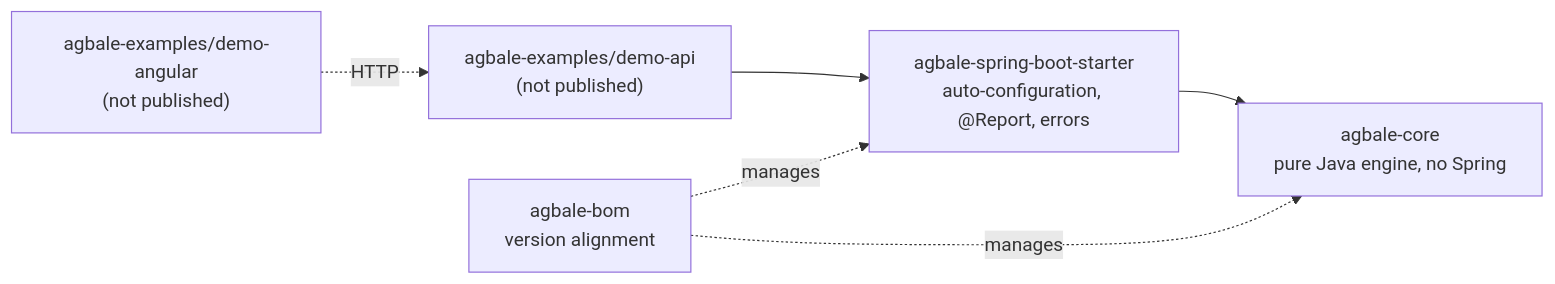
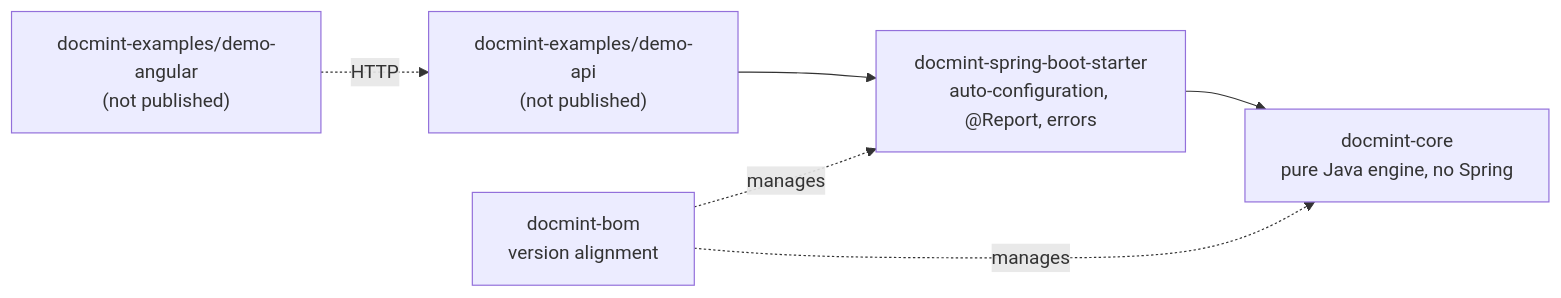
One commit to Juste120/DocMint changed the first of 3 diagrams in docs/architecture.md. Above: the diagram before and after it, drawn with Mermaid. The commit also changed other lines of this file and 379 other files, not shown here.

````diff
--- a/docs/architecture.md
+++ b/docs/architecture.md
@@ -10,9 +10,9 @@
 ```mermaid
 flowchart LR
-  demoapi["agbale-examples/demo-api<br/>(not published)"] --> starter
-  demong["agbale-examples/demo-angular<br/>(not published)"] -. HTTP .-> demoapi
-  starter["agbale-spring-boot-starter<br/>auto-configuration, @Report, errors"] --> core
-  core["agbale-core<br/>pure Java engine, no Spring"]
-  bom["agbale-bom<br/>version alignment"] -. manages .-> core
+  demoapi["docmint-examples/demo-api<br/>(not published)"] --> starter
+  demong["docmint-examples/demo-angular<br/>(not published)"] -. HTTP .-> demoapi
+  starter["docmint-spring-boot-starter<br/>auto-configuration, @Report, errors"] --> core
+  core["docmint-core<br/>pure Java engine, no Spring"]
+  bom["docmint-bom<br/>version alignment"] -. manages .-> core
   bom -. manages .-> starter
 ```
````
